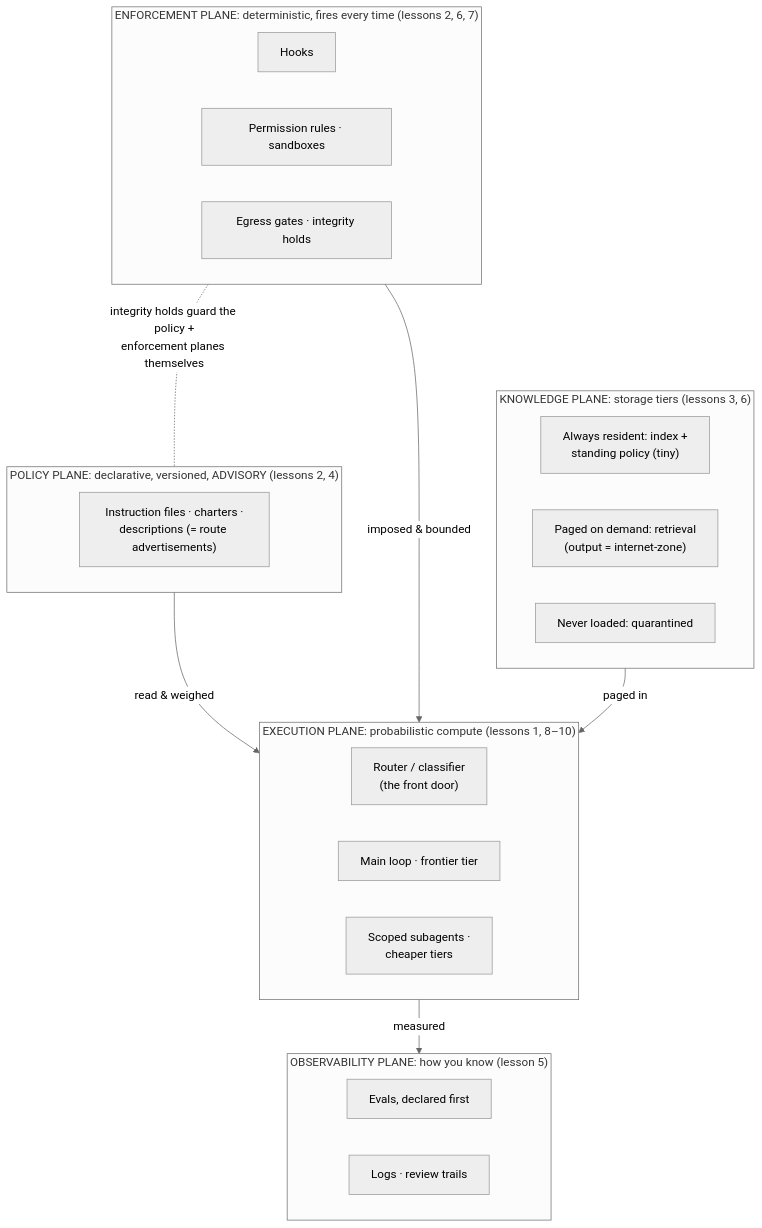
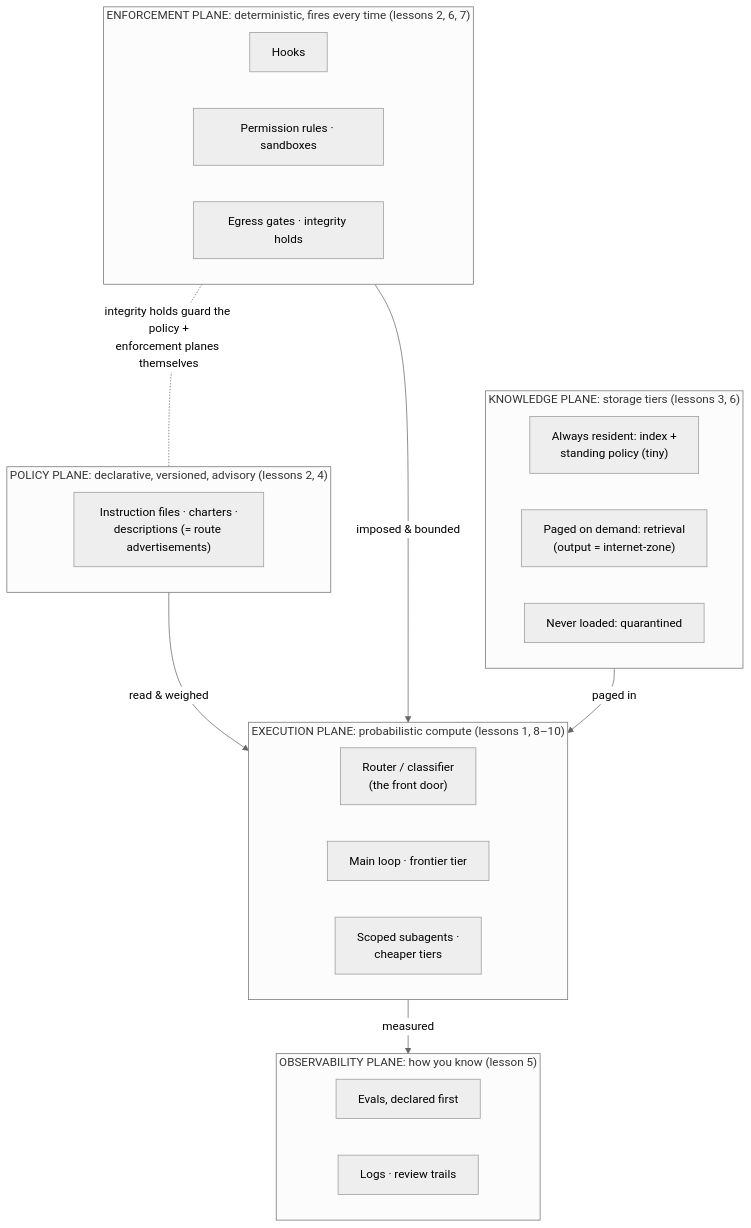
One commit to chorusse/agentic-estate changed the diagram in README.md. Above: the diagram before and after it, drawn with Mermaid (neutral theme). The commit also changed other lines of this file and 14 other files, not shown here.

````diff
--- a/README.md
+++ b/README.md
@@ -19,30 +19,30 @@
 ```mermaid
 flowchart TB
-    subgraph pol["POLICY PLANE: declarative, versioned, ADVISORY (lessons 2, 4)"]
+    subgraph pol["POLICY PLANE: declarative, versioned, advisory (lessons 2, 4)"]
         p1["Instruction files · charters ·<br/>descriptions (= route advertisements)"]
     end
     subgraph enf["ENFORCEMENT PLANE: deterministic, fires every time (lessons 2, 6, 7)"]
         e1["Hooks"]
         e2["Permission rules · sandboxes"]
         e3["Egress gates · integrity holds"]
     end
     subgraph exec["EXECUTION PLANE: probabilistic compute (lessons 1, 8–10)"]
         x1["Router / classifier<br/>(the front door)"]
         x2["Main loop · frontier tier"]
         x3["Scoped subagents ·<br/>cheaper tiers"]
     end
     subgraph know["KNOWLEDGE PLANE: storage tiers (lessons 3, 6)"]
         k1["Always resident: index +<br/>standing policy (tiny)"]
         k2["Paged on demand: retrieval<br/>(output = internet-zone)"]
         k3["Never loaded: quarantined"]
     end
     subgraph obs["OBSERVABILITY PLANE: how you know (lesson 5)"]
         o1["Evals, declared first"]
         o2["Logs · review trails"]
     end
     pol -- "read & weighed" --> exec
     enf -- "imposed & bounded" --> exec
     know -- "paged in" --> exec
     exec -- "measured" --> obs
     enf -. "integrity holds guard the policy +<br/>enforcement planes themselves" .- pol
 ```
````
